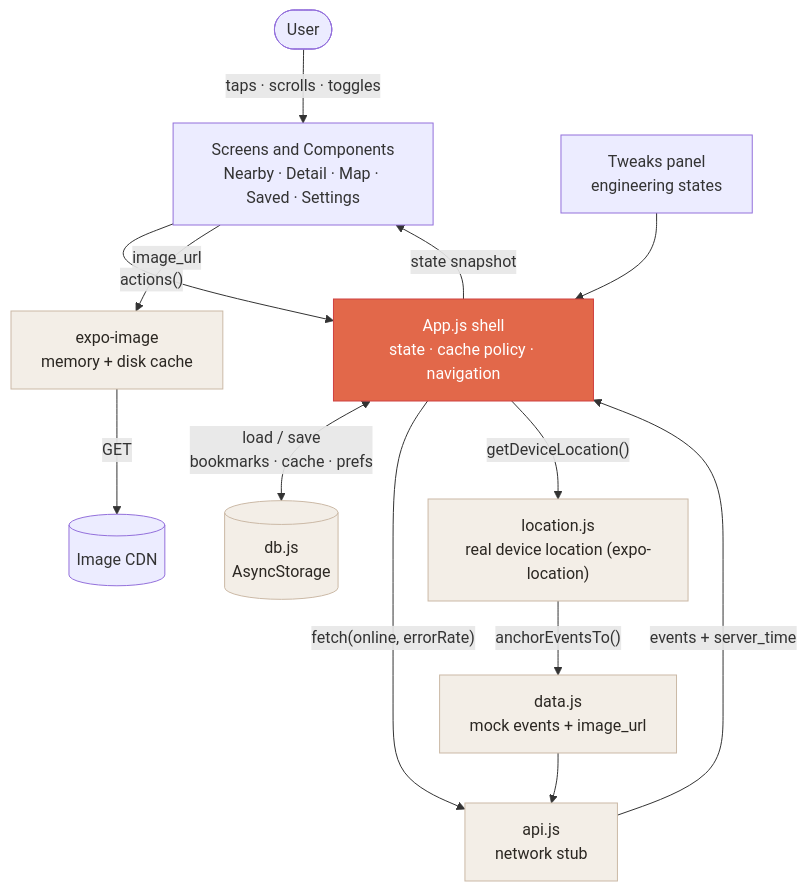
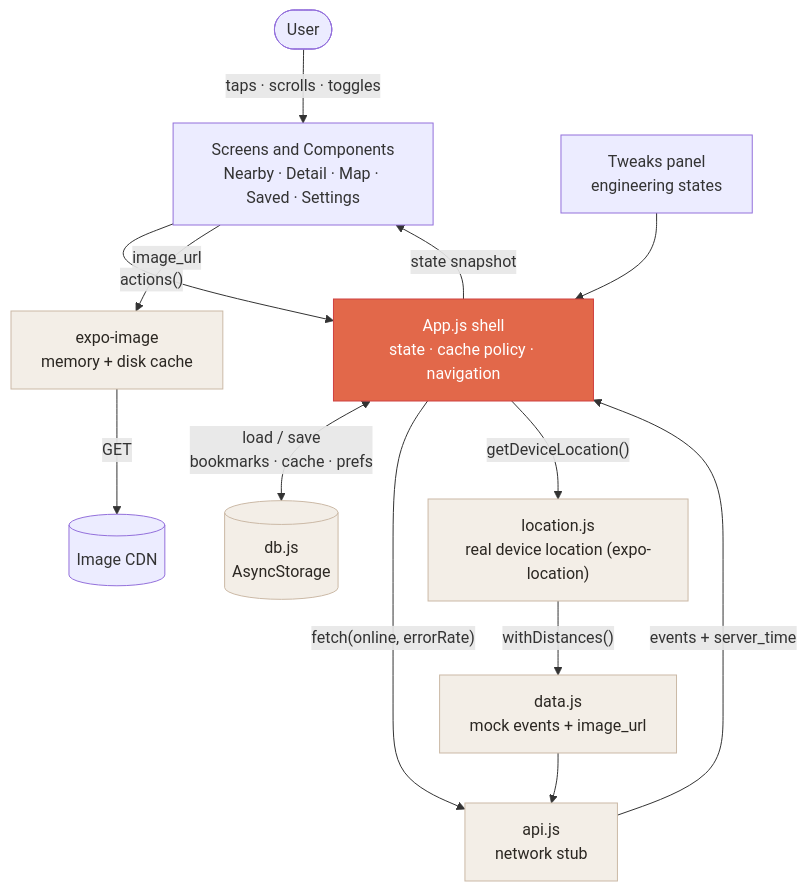
Before and after one commit to gilnaorr/Find-Events-Near-Me: the first of 3 diagrams in docs/ARCHITECTURE.md, drawn with Mermaid. The commit also changed other lines of this file and 6 other files, not shown here.

````diff
--- a/docs/ARCHITECTURE.md
+++ b/docs/ARCHITECTURE.md
@@ -41,20 +41,20 @@
 ```mermaid
 flowchart TD
     User([User]) -->|"taps · scrolls · toggles"| Screens["Screens and Components<br/>Nearby · Detail · Map · Saved · Settings"]
     Tweaks["Tweaks panel<br/>engineering states"] --> App
     Screens -->|"actions()"| App["App.js shell<br/>state · cache policy · navigation"]
     App -->|"state snapshot"| Screens
     App <-->|"load / save<br/>bookmarks · cache · prefs"| DB[("db.js<br/>AsyncStorage")]
     App -->|"fetch(online, errorRate)"| API["api.js<br/>network stub"]
     API -->|"events + server_time"| App
     Data["data.js<br/>mock events + image_url"] --> API
     App -->|"getDeviceLocation()"| Loc["location.js<br/>real device location (expo-location)"]
-    Loc -->|"anchorEventsTo()"| Data
+    Loc -->|"withDistances()"| Data
     Screens -->|"image_url"| Img["expo-image<br/>memory + disk cache"]
     Img -->|"GET"| CDN[("Image CDN")]
 
     classDef shell fill:#e2684a,stroke:#cf4040,color:#fff;
     classDef io fill:#f3eee7,stroke:#cbb9a6,color:#2b2722;
     class App shell;
     class DB,API,Data,Loc,Img io;
 ```
````
